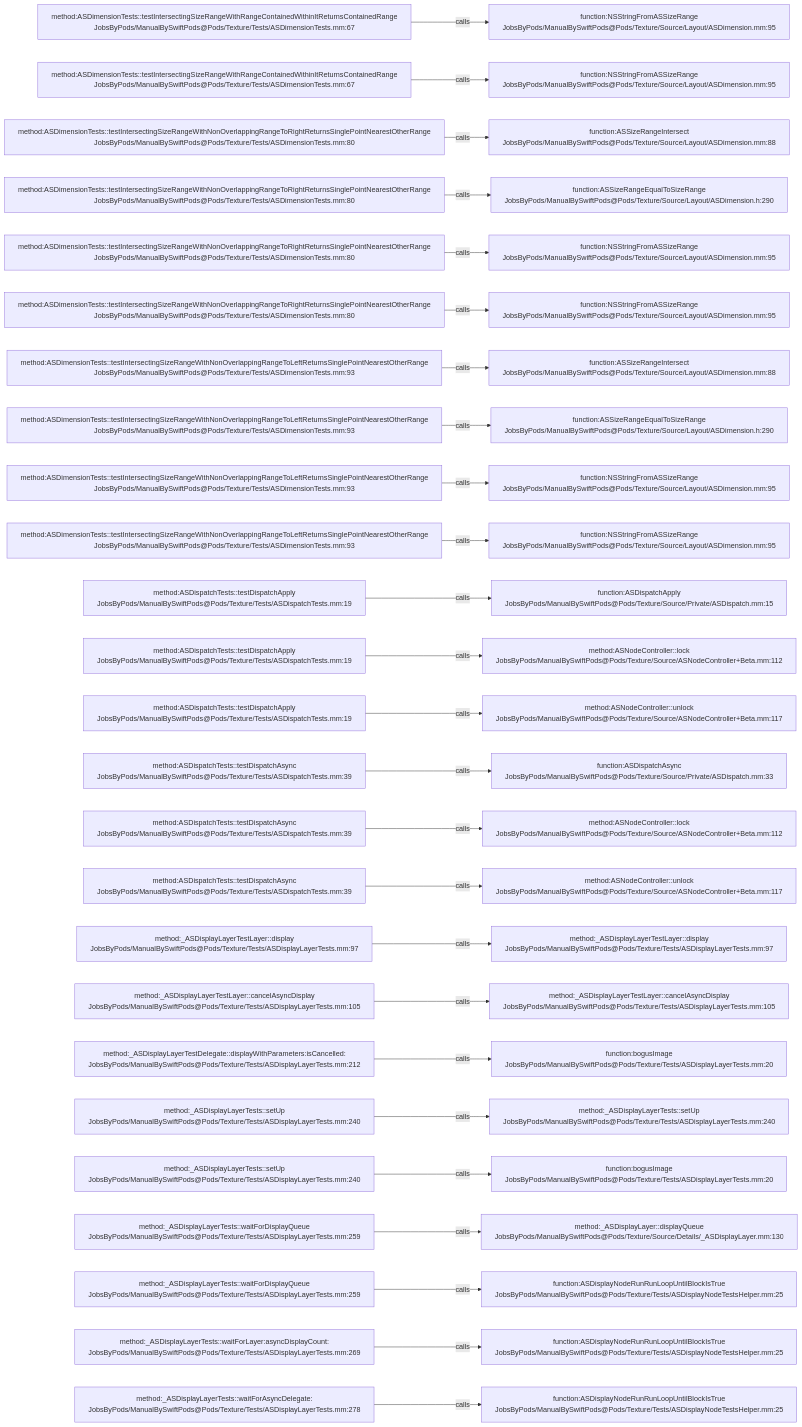
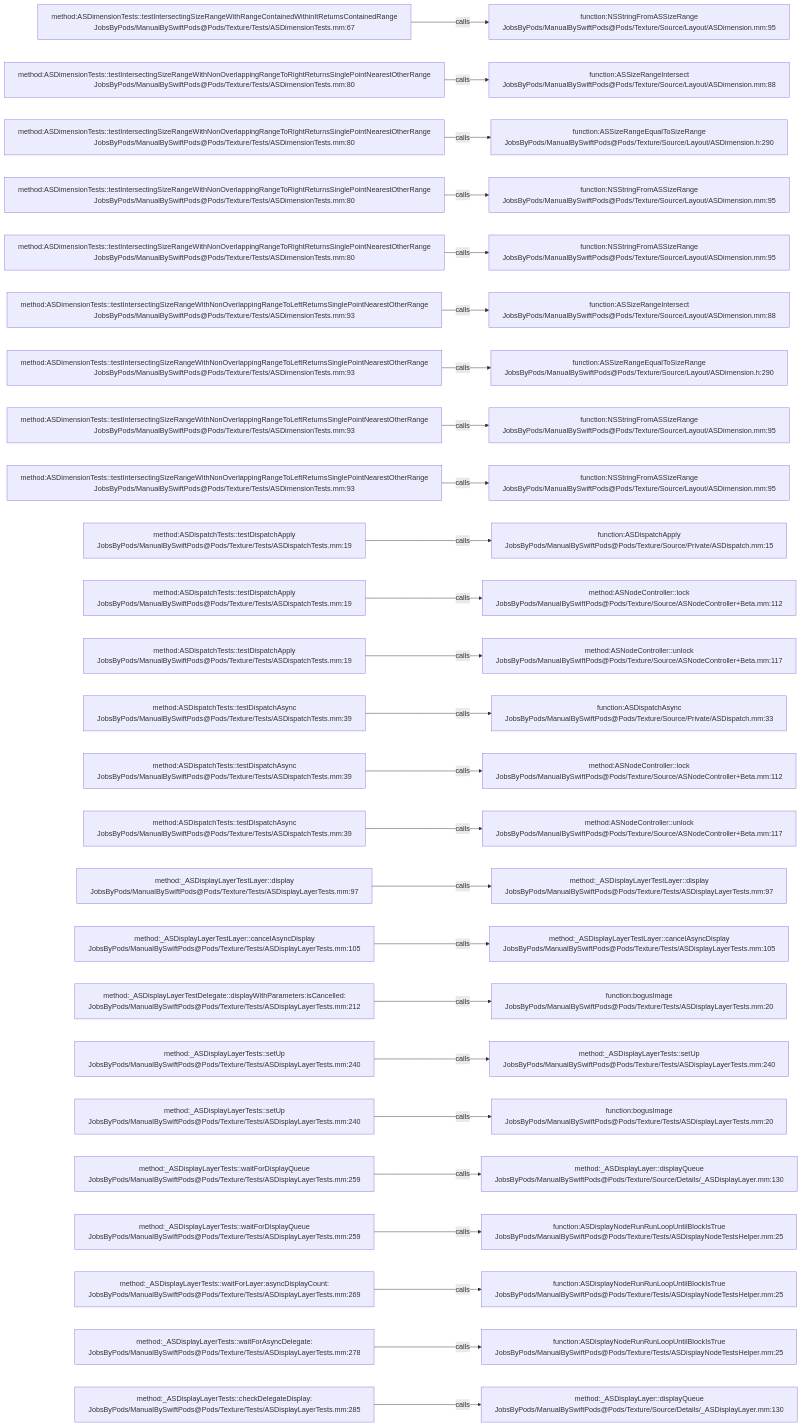
One commit to JobsKits/JobsSwiftBaseConfigDemo changed the diagram in .codegraph/codegraph.md/graphs/calls-179.md. Above: the diagram before and after it, drawn with Mermaid. The commit also changed 747 other files, not shown here.

````diff
--- a/.codegraph/codegraph.md/graphs/calls-179.md
+++ b/.codegraph/codegraph.md/graphs/calls-179.md
@@ -13,78 +13,78 @@
 ```mermaid
 flowchart LR
   S1["method:ASDimensionTests::testIntersectingSizeRangeWithRangeContainedWithinItReturnsContainedRange<br/>JobsByPods/ManualBySwiftPods@Pods/Texture/Tests/ASDimensionTests.mm:67"]
   T1["function:NSStringFromASSizeRange<br/>JobsByPods/ManualBySwiftPods@Pods/Texture/Source/Layout/ASDimension.mm:95"]
   S1 -->|calls| T1
-  S2["method:ASDimensionTests::testIntersectingSizeRangeWithRangeContainedWithinItReturnsContainedRange<br/>JobsByPods/ManualBySwiftPods@Pods/Texture/Tests/ASDimensionTests.mm:67"]
-  T2["function:NSStringFromASSizeRange<br/>JobsByPods/ManualBySwiftPods@Pods/Texture/Source/Layout/ASDimension.mm:95"]
+  S2["method:ASDimensionTests::testIntersectingSizeRangeWithNonOverlappingRangeToRightReturnsSinglePointNearestOtherRange<br/>JobsByPods/ManualBySwiftPods@Pods/Texture/Tests/ASDimensionTests.mm:80"]
+  T2["function:ASSizeRangeIntersect<br/>JobsByPods/ManualBySwiftPods@Pods/Texture/Source/Layout/ASDimension.mm:88"]
   S2 -->|calls| T2
   S3["method:ASDimensionTests::testIntersectingSizeRangeWithNonOverlappingRangeToRightReturnsSinglePointNearestOtherRange<br/>JobsByPods/ManualBySwiftPods@Pods/Texture/Tests/ASDimensionTests.mm:80"]
-  T3["function:ASSizeRangeIntersect<br/>JobsByPods/ManualBySwiftPods@Pods/Texture/Source/Layout/ASDimension.mm:88"]
+  T3["function:ASSizeRangeEqualToSizeRange<br/>JobsByPods/ManualBySwiftPods@Pods/Texture/Source/Layout/ASDimension.h:290"]
   S3 -->|calls| T3
   S4["method:ASDimensionTests::testIntersectingSizeRangeWithNonOverlappingRangeToRightReturnsSinglePointNearestOtherRange<br/>JobsByPods/ManualBySwiftPods@Pods/Texture/Tests/ASDimensionTests.mm:80"]
-  T4["function:ASSizeRangeEqualToSizeRange<br/>JobsByPods/ManualBySwiftPods@Pods/Texture/Source/Layout/ASDimension.h:290"]
+  T4["function:NSStringFromASSizeRange<br/>JobsByPods/ManualBySwiftPods@Pods/Texture/Source/Layout/ASDimension.mm:95"]
   S4 -->|calls| T4
   S5["method:ASDimensionTests::testIntersectingSizeRangeWithNonOverlappingRangeToRightReturnsSinglePointNearestOtherRange<br/>JobsByPods/ManualBySwiftPods@Pods/Texture/Tests/ASDimensionTests.mm:80"]
   T5["function:NSStringFromASSizeRange<br/>JobsByPods/ManualBySwiftPods@Pods/Texture/Source/Layout/ASDimension.mm:95"]
   S5 -->|calls| T5
-  S6["method:ASDimensionTests::testIntersectingSizeRangeWithNonOverlappingRangeToRightReturnsSinglePointNearestOtherRange<br/>JobsByPods/ManualBySwiftPods@Pods/Texture/Tests/ASDimensionTests.mm:80"]
-  T6["function:NSStringFromASSizeRange<br/>JobsByPods/ManualBySwiftPods@Pods/Texture/Source/Layout/ASDimension.mm:95"]
+  S6["method:ASDimensionTests::testIntersectingSizeRangeWithNonOverlappingRangeToLeftReturnsSinglePointNearestOtherRange<br/>JobsByPods/ManualBySwiftPods@Pods/Texture/Tests/ASDimensionTests.mm:93"]
+  T6["function:ASSizeRangeIntersect<br/>JobsByPods/ManualBySwiftPods@Pods/Texture/Source/Layout/ASDimension.mm:88"]
   S6 -->|calls| T6
   S7["method:ASDimensionTests::testIntersectingSizeRangeWithNonOverlappingRangeToLeftReturnsSinglePointNearestOtherRange<br/>JobsByPods/ManualBySwiftPods@Pods/Texture/Tests/ASDimensionTests.mm:93"]
-  T7["function:ASSizeRangeIntersect<br/>JobsByPods/ManualBySwiftPods@Pods/Texture/Source/Layout/ASDimension.mm:88"]
+  T7["function:ASSizeRangeEqualToSizeRange<br/>JobsByPods/ManualBySwiftPods@Pods/Texture/Source/Layout/ASDimension.h:290"]
   S7 -->|calls| T7
   S8["method:ASDimensionTests::testIntersectingSizeRangeWithNonOverlappingRangeToLeftReturnsSinglePointNearestOtherRange<br/>JobsByPods/ManualBySwiftPods@Pods/Texture/Tests/ASDimensionTests.mm:93"]
-  T8["function:ASSizeRangeEqualToSizeRange<br/>JobsByPods/ManualBySwiftPods@Pods/Texture/Source/Layout/ASDimension.h:290"]
+  T8["function:NSStringFromASSizeRange<br/>JobsByPods/ManualBySwiftPods@Pods/Texture/Source/Layout/ASDimension.mm:95"]
   S8 -->|calls| T8
   S9["method:ASDimensionTests::testIntersectingSizeRangeWithNonOverlappingRangeToLeftReturnsSinglePointNearestOtherRange<br/>JobsByPods/ManualBySwiftPods@Pods/Texture/Tests/ASDimensionTests.mm:93"]
   T9["function:NSStringFromASSizeRange<br/>JobsByPods/ManualBySwiftPods@Pods/Texture/Source/Layout/ASDimension.mm:95"]
   S9 -->|calls| T9
-  S10["method:ASDimensionTests::testIntersectingSizeRangeWithNonOverlappingRangeToLeftReturnsSinglePointNearestOtherRange<br/>JobsByPods/ManualBySwiftPods@Pods/Texture/Tests/ASDimensionTests.mm:93"]
-  T10["function:NSStringFromASSizeRange<br/>JobsByPods/ManualBySwiftPods@Pods/Texture/Source/Layout/ASDimension.mm:95"]
+  S10["method:ASDispatchTests::testDispatchApply<br/>JobsByPods/ManualBySwiftPods@Pods/Texture/Tests/ASDispatchTests.mm:19"]
+  T10["function:ASDispatchApply<br/>JobsByPods/ManualBySwiftPods@Pods/Texture/Source/Private/ASDispatch.mm:15"]
   S10 -->|calls| T10
   S11["method:ASDispatchTests::testDispatchApply<br/>JobsByPods/ManualBySwiftPods@Pods/Texture/Tests/ASDispatchTests.mm:19"]
-  T11["function:ASDispatchApply<br/>JobsByPods/ManualBySwiftPods@Pods/Texture/Source/Private/ASDispatch.mm:15"]
+  T11["method:ASNodeController::lock<br/>JobsByPods/ManualBySwiftPods@Pods/Texture/Source/ASNodeController+Beta.mm:112"]
   S11 -->|calls| T11
   S12["method:ASDispatchTests::testDispatchApply<br/>JobsByPods/ManualBySwiftPods@Pods/Texture/Tests/ASDispatchTests.mm:19"]
-  T12["method:ASNodeController::lock<br/>JobsByPods/ManualBySwiftPods@Pods/Texture/Source/ASNodeController+Beta.mm:112"]
+  T12["method:ASNodeController::unlock<br/>JobsByPods/ManualBySwiftPods@Pods/Texture/Source/ASNodeController+Beta.mm:117"]
   S12 -->|calls| T12
-  S13["method:ASDispatchTests::testDispatchApply<br/>JobsByPods/ManualBySwiftPods@Pods/Texture/Tests/ASDispatchTests.mm:19"]
-  T13["method:ASNodeController::unlock<br/>JobsByPods/ManualBySwiftPods@Pods/Texture/Source/ASNodeController+Beta.mm:117"]
+  S13["method:ASDispatchTests::testDispatchAsync<br/>JobsByPods/ManualBySwiftPods@Pods/Texture/Tests/ASDispatchTests.mm:39"]
+  T13["function:ASDispatchAsync<br/>JobsByPods/ManualBySwiftPods@Pods/Texture/Source/Private/ASDispatch.mm:33"]
   S13 -->|calls| T13
   S14["method:ASDispatchTests::testDispatchAsync<br/>JobsByPods/ManualBySwiftPods@Pods/Texture/Tests/ASDispatchTests.mm:39"]
-  T14["function:ASDispatchAsync<br/>JobsByPods/ManualBySwiftPods@Pods/Texture/Source/Private/ASDispatch.mm:33"]
+  T14["method:ASNodeController::lock<br/>JobsByPods/ManualBySwiftPods@Pods/Texture/Source/ASNodeController+Beta.mm:112"]
   S14 -->|calls| T14
   S15["method:ASDispatchTests::testDispatchAsync<br/>JobsByPods/ManualBySwiftPods@Pods/Texture/Tests/ASDispatchTests.mm:39"]
-  T15["method:ASNodeController::lock<br/>JobsByPods/ManualBySwiftPods@Pods/Texture/Source/ASNodeController+Beta.mm:112"]
+  T15["method:ASNodeController::unlock<br/>JobsByPods/ManualBySwiftPods@Pods/Texture/Source/ASNodeController+Beta.mm:117"]
   S15 -->|calls| T15
-  S16["method:ASDispatchTests::testDispatchAsync<br/>JobsByPods/ManualBySwiftPods@Pods/Texture/Tests/ASDispatchTests.mm:39"]
-  T16["method:ASNodeController::unlock<br/>JobsByPods/ManualBySwiftPods@Pods/Texture/Source/ASNodeController+Beta.mm:117"]
+  S16["method:_ASDisplayLayerTestLayer::display<br/>JobsByPods/ManualBySwiftPods@Pods/Texture/Tests/ASDisplayLayerTests.mm:97"]
+  T16["method:_ASDisplayLayerTestLayer::display<br/>JobsByPods/ManualBySwiftPods@Pods/Texture/Tests/ASDisplayLayerTests.mm:97"]
   S16 -->|calls| T16
-  S17["method:_ASDisplayLayerTestLayer::display<br/>JobsByPods/ManualBySwiftPods@Pods/Texture/Tests/ASDisplayLayerTests.mm:97"]
-  T17["method:_ASDisplayLayerTestLayer::display<br/>JobsByPods/ManualBySwiftPods@Pods/Texture/Tests/ASDisplayLayerTests.mm:97"]
+  S17["method:_ASDisplayLayerTestLayer::cancelAsyncDisplay<br/>JobsByPods/ManualBySwiftPods@Pods/Texture/Tests/ASDisplayLayerTests.mm:105"]
+  T17["method:_ASDisplayLayerTestLayer::cancelAsyncDisplay<br/>JobsByPods/ManualBySwiftPods@Pods/Texture/Tests/ASDisplayLayerTests.mm:105"]
   S17 -->|calls| T17
-  S18["method:_ASDisplayLayerTestLayer::cancelAsyncDisplay<br/>JobsByPods/ManualBySwiftPods@Pods/Texture/Tests/ASDisplayLayerTests.mm:105"]
-  T18["method:_ASDisplayLayerTestLayer::cancelAsyncDisplay<br/>JobsByPods/ManualBySwiftPods@Pods/Texture/Tests/ASDisplayLayerTests.mm:105"]
+  S18["method:_ASDisplayLayerTestDelegate::displayWithParameters:isCancelled:<br/>JobsByPods/ManualBySwiftPods@Pods/Texture/Tests/ASDisplayLayerTests.mm:212"]
+  T18["function:bogusImage<br/>JobsByPods/ManualBySwiftPods@Pods/Texture/Tests/ASDisplayLayerTests.mm:20"]
   S18 -->|calls| T18
-  S19["method:_ASDisplayLayerTestDelegate::displayWithParameters:isCancelled:<br/>JobsByPods/ManualBySwiftPods@Pods/Texture/Tests/ASDisplayLayerTests.mm:212"]
-  T19["function:bogusImage<br/>JobsByPods/ManualBySwiftPods@Pods/Texture/Tests/ASDisplayLayerTests.mm:20"]
+  S19["method:_ASDisplayLayerTests::setUp<br/>JobsByPods/ManualBySwiftPods@Pods/Texture/Tests/ASDisplayLayerTests.mm:240"]
+  T19["method:_ASDisplayLayerTests::setUp<br/>JobsByPods/ManualBySwiftPods@Pods/Texture/Tests/ASDisplayLayerTests.mm:240"]
   S19 -->|calls| T19
   S20["method:_ASDisplayLayerTests::setUp<br/>JobsByPods/ManualBySwiftPods@Pods/Texture/Tests/ASDisplayLayerTests.mm:240"]
-  T20["method:_ASDisplayLayerTests::setUp<br/>JobsByPods/ManualBySwiftPods@Pods/Texture/Tests/ASDisplayLayerTests.mm:240"]
+  T20["function:bogusImage<br/>JobsByPods/ManualBySwiftPods@Pods/Texture/Tests/ASDisplayLayerTests.mm:20"]
   S20 -->|calls| T20
-  S21["method:_ASDisplayLayerTests::setUp<br/>JobsByPods/ManualBySwiftPods@Pods/Texture/Tests/ASDisplayLayerTests.mm:240"]
-  T21["function:bogusImage<br/>JobsByPods/ManualBySwiftPods@Pods/Texture/Tests/ASDisplayLayerTests.mm:20"]
+  S21["method:_ASDisplayLayerTests::waitForDisplayQueue<br/>JobsByPods/ManualBySwiftPods@Pods/Texture/Tests/ASDisplayLayerTests.mm:259"]
+  T21["method:_ASDisplayLayer::displayQueue<br/>JobsByPods/ManualBySwiftPods@Pods/Texture/Source/Details/_ASDisplayLayer.mm:130"]
   S21 -->|calls| T21
   S22["method:_ASDisplayLayerTests::waitForDisplayQueue<br/>JobsByPods/ManualBySwiftPods@Pods/Texture/Tests/ASDisplayLayerTests.mm:259"]
-  T22["method:_ASDisplayLayer::displayQueue<br/>JobsByPods/ManualBySwiftPods@Pods/Texture/Source/Details/_ASDisplayLayer.mm:130"]
+  T22["function:ASDisplayNodeRunRunLoopUntilBlockIsTrue<br/>JobsByPods/ManualBySwiftPods@Pods/Texture/Tests/ASDisplayNodeTestsHelper.mm:25"]
   S22 -->|calls| T22
-  S23["method:_ASDisplayLayerTests::waitForDisplayQueue<br/>JobsByPods/ManualBySwiftPods@Pods/Texture/Tests/ASDisplayLayerTests.mm:259"]
+  S23["method:_ASDisplayLayerTests::waitForLayer:asyncDisplayCount:<br/>JobsByPods/ManualBySwiftPods@Pods/Texture/Tests/ASDisplayLayerTests.mm:269"]
   T23["function:ASDisplayNodeRunRunLoopUntilBlockIsTrue<br/>JobsByPods/ManualBySwiftPods@Pods/Texture/Tests/ASDisplayNodeTestsHelper.mm:25"]
   S23 -->|calls| T23
-  S24["method:_ASDisplayLayerTests::waitForLayer:asyncDisplayCount:<br/>JobsByPods/ManualBySwiftPods@Pods/Texture/Tests/ASDisplayLayerTests.mm:269"]
+  S24["method:_ASDisplayLayerTests::waitForAsyncDelegate:<br/>JobsByPods/ManualBySwiftPods@Pods/Texture/Tests/ASDisplayLayerTests.mm:278"]
   T24["function:ASDisplayNodeRunRunLoopUntilBlockIsTrue<br/>JobsByPods/ManualBySwiftPods@Pods/Texture/Tests/ASDisplayNodeTestsHelper.mm:25"]
   S24 -->|calls| T24
-  S25["method:_ASDisplayLayerTests::waitForAsyncDelegate:<br/>JobsByPods/ManualBySwiftPods@Pods/Texture/Tests/ASDisplayLayerTests.mm:278"]
-  T25["function:ASDisplayNodeRunRunLoopUntilBlockIsTrue<br/>JobsByPods/ManualBySwiftPods@Pods/Texture/Tests/ASDisplayNodeTestsHelper.mm:25"]
+  S25["method:_ASDisplayLayerTests::checkDelegateDisplay:<br/>JobsByPods/ManualBySwiftPods@Pods/Texture/Tests/ASDisplayLayerTests.mm:285"]
+  T25["method:_ASDisplayLayer::displayQueue<br/>JobsByPods/ManualBySwiftPods@Pods/Texture/Source/Details/_ASDisplayLayer.mm:130"]
   S25 -->|calls| T25
 ```
````
